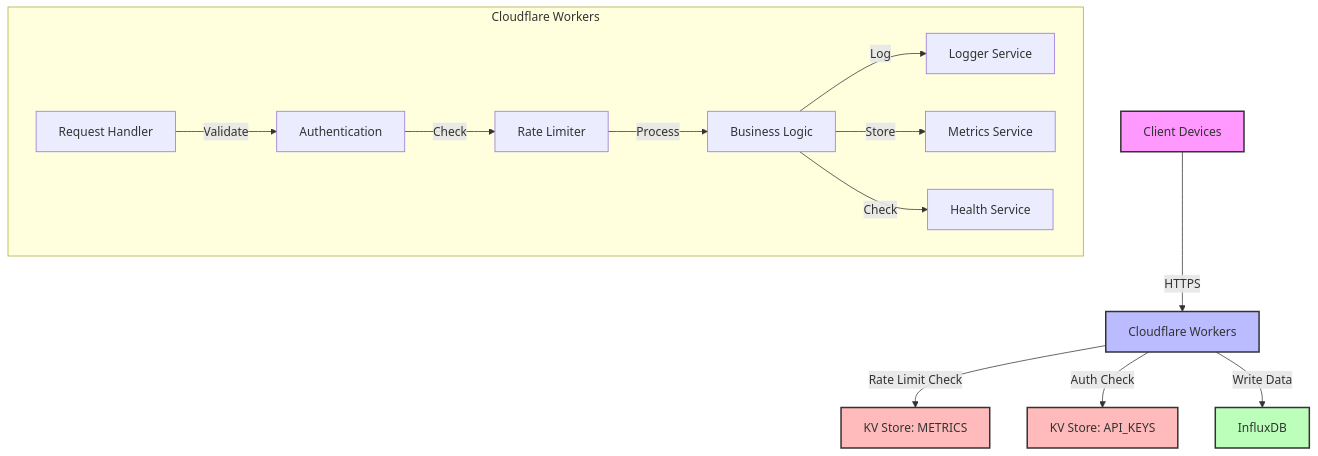
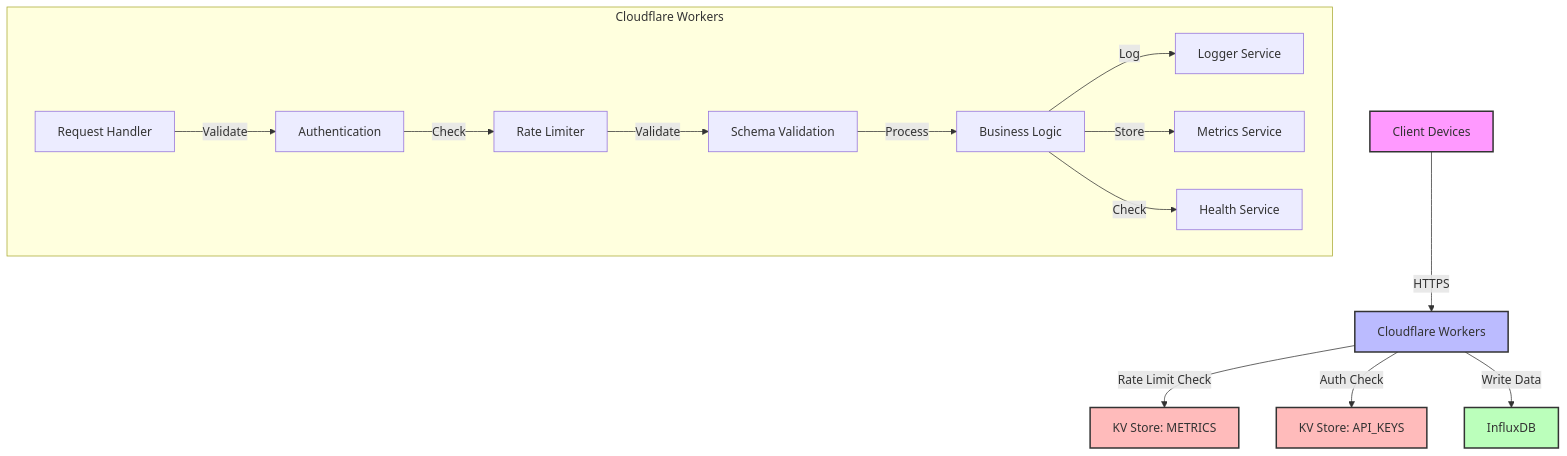
Before and after one commit to veilands/cf-learn: the first of 6 diagrams in docs/architecture.md, drawn with Mermaid. The commit also changed other lines of this file and 2 other files, not shown here.

````diff
--- a/docs/architecture.md
+++ b/docs/architecture.md
@@ -5,22 +5,23 @@
 ```mermaid
 graph TD
     Client[Client Devices] -->|HTTPS| CF[Cloudflare Workers]
     CF -->|Rate Limit Check| KV1[KV Store: METRICS]
     CF -->|Auth Check| KV2[KV Store: API_KEYS]
     CF -->|Write Data| IDB[InfluxDB]
     
     subgraph Cloudflare Workers
         Handler[Request Handler] -->|Validate| Auth[Authentication]
         Auth -->|Check| RateLimit[Rate Limiter]
-        RateLimit -->|Process| Logic[Business Logic]
+        RateLimit -->|Validate| Schema[Schema Validation]
+        Schema -->|Process| Logic[Business Logic]
         Logic -->|Log| Logger[Logger Service]
         Logic -->|Store| MetricsService[Metrics Service]
         Logic -->|Check| Health[Health Service]
     end
 
     style Client fill:#f9f,stroke:#333,stroke-width:2px
     style CF fill:#bbf,stroke:#333,stroke-width:2px
     style IDB fill:#bfb,stroke:#333,stroke-width:2px
     style KV1 fill:#fbb,stroke:#333,stroke-width:2px
     style KV2 fill:#fbb,stroke:#333,stroke-width:2px
 ```
````
